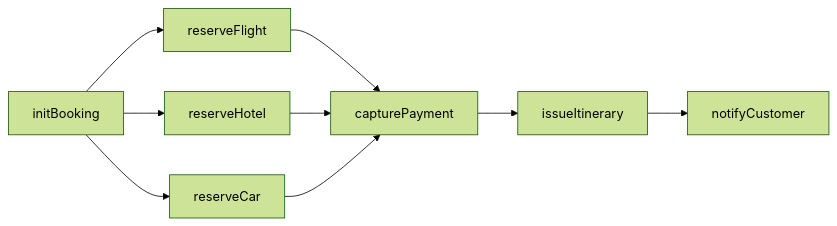
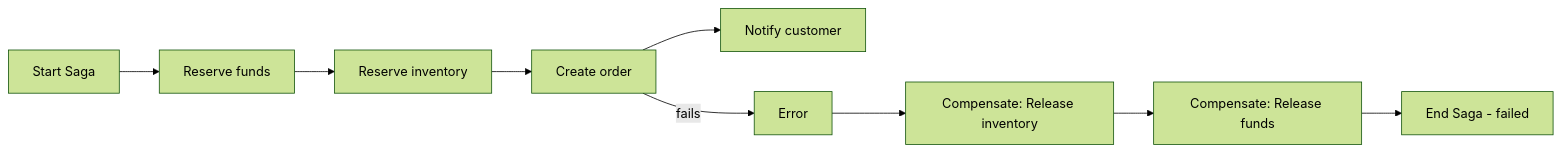
Before and after one commit to firefly-oss/lib-transactional-engine: the first of 2 diagrams in docs/TUTORIAL.md, drawn with Mermaid (forest theme). The commit also changed other lines of this file and 3 other files, not shown here.

````diff
--- a/docs/TUTORIAL.md
+++ b/docs/TUTORIAL.md
@@ -125,11 +35,11 @@
 ```mermaid
 flowchart LR
-  A[initBooking] --> B[reserveFlight]
-  A --> C[reserveHotel]
-  A --> D[reserveCar]
-  B --> E[capturePayment]
-  C --> E
-  D --> E
-  E --> F[issueItinerary]
-  F --> G[notifyCustomer]
+  A[Start Saga] --> P[Reserve funds]
+  P --> I[Reserve inventory]
+  I --> O[Create order]
+  O --> N[Notify customer]
+  O -- fails --> E[Error]
+  E --> CI[Compensate: Release inventory]
+  CI --> CP[Compensate: Release funds]
+  CP --> X[End Saga - failed]
 ```
````
